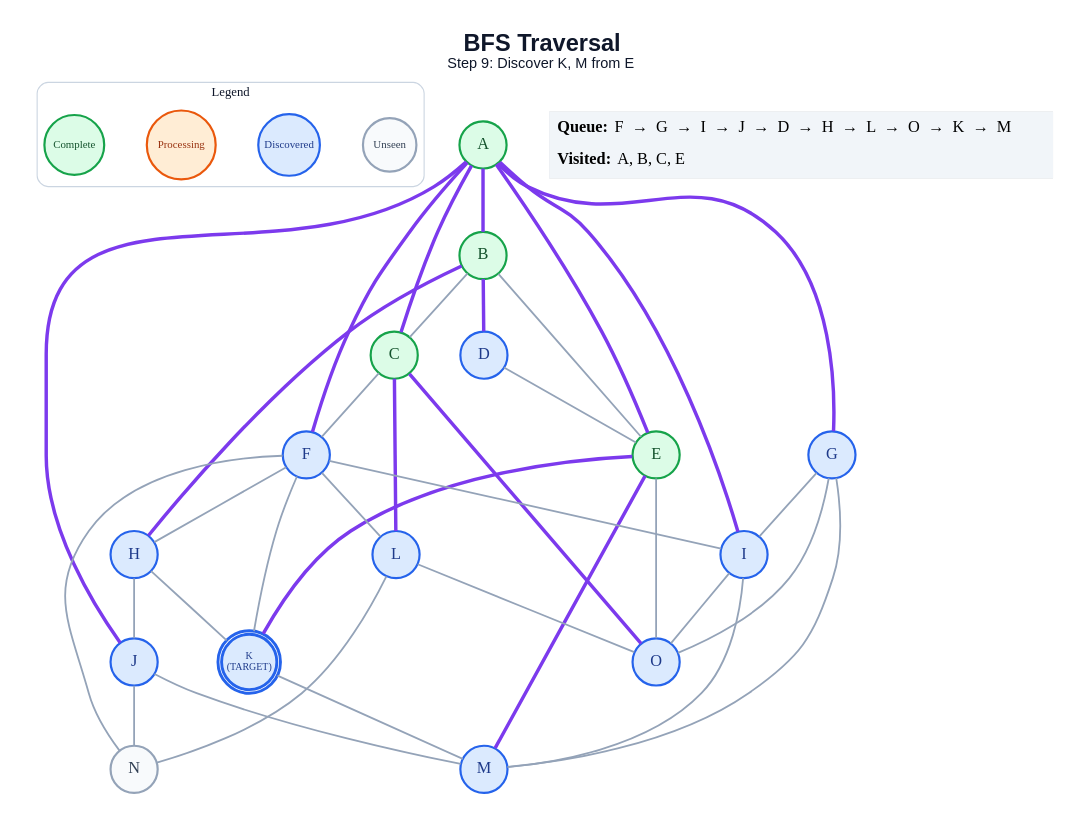
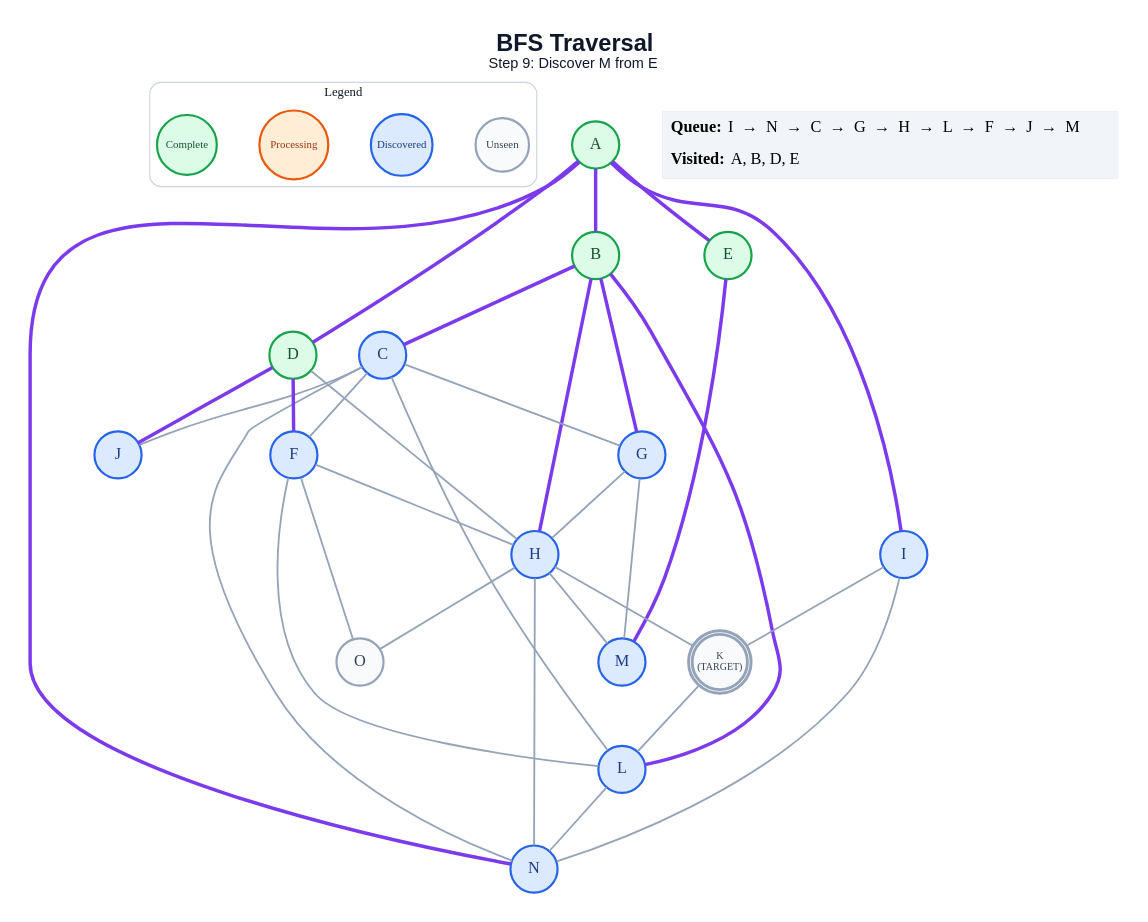
The diagram in generated/specific-node/bfs/step_09.dot (anon7238593-create/ai-slop), drawn with Graphviz before and after one commit. The commit also changed 286 other files, not shown here.

```diff
--- a/generated/specific-node/bfs/step_09.dot
+++ b/generated/specific-node/bfs/step_09.dot
@@ -1,69 +1,65 @@
 graph traversal {
   graph [layout=dot, rankdir=TB, bgcolor="#FFFFFF", pad="0.35", nodesep="0.65", ranksep="0.8", fontname="Arial"];
   node [shape=circle, style="filled", fontname="Arial Bold", fontsize=18, width=0.72, fixedsize=true, penwidth=2.4];
   edge [color="#94A3B8", penwidth=2.0];
-  label=<<B>BFS Traversal</B><BR/><FONT POINT-SIZE="16">Step 9: Discover K, M from E</FONT>>; labelloc="t"; fontsize=26; fontname="Arial"; fontcolor="#0F172A";
+  label=<<B>BFS Traversal</B><BR/><FONT POINT-SIZE="16">Step 9: Discover M from E</FONT>>; labelloc="t"; fontsize=26; fontname="Arial"; fontcolor="#0F172A";
   subgraph cluster_legend { label="Legend"; color="#CBD5E1"; penwidth=1.2; style="rounded"; fontsize=14; fontname="Arial Bold";
     key_unseen [label="Unseen", fillcolor="#F8FAFC", color="#94A3B8", fontcolor="#334155", fontsize=12, width=0.82];
     key_frontier [label="Discovered", fillcolor="#DBEAFE", color="#2563EB", fontcolor="#1E3A8A", fontsize=12, width=0.95];
     key_current [label="Processing", fillcolor="#FFEDD5", color="#EA580C", fontcolor="#9A3412", fontsize=12, width=1.05];
     key_done [label="Complete", fillcolor="#DCFCE7", color="#16A34A", fontcolor="#14532D", fontsize=12, width=0.92];
     { rank=same; key_unseen; key_frontier; key_current; key_done; }
   }
   A [label="A", fillcolor="#DCFCE7", color="#16A34A", fontcolor="#14532D", peripheries=1, penwidth=2.4];
   B [label="B", fillcolor="#DCFCE7", color="#16A34A", fontcolor="#14532D", peripheries=1, penwidth=2.4];
-  C [label="C", fillcolor="#DCFCE7", color="#16A34A", fontcolor="#14532D", peripheries=1, penwidth=2.4];
-  D [label="D", fillcolor="#DBEAFE", color="#2563EB", fontcolor="#1E3A8A", peripheries=1, penwidth=2.4];
+  C [label="C", fillcolor="#DBEAFE", color="#2563EB", fontcolor="#1E3A8A", peripheries=1, penwidth=2.4];
+  D [label="D", fillcolor="#DCFCE7", color="#16A34A", fontcolor="#14532D", peripheries=1, penwidth=2.4];
   E [label="E", fillcolor="#DCFCE7", color="#16A34A", fontcolor="#14532D", peripheries=1, penwidth=2.4];
   F [label="F", fillcolor="#DBEAFE", color="#2563EB", fontcolor="#1E3A8A", peripheries=1, penwidth=2.4];
   G [label="G", fillcolor="#DBEAFE", color="#2563EB", fontcolor="#1E3A8A", peripheries=1, penwidth=2.4];
   H [label="H", fillcolor="#DBEAFE", color="#2563EB", fontcolor="#1E3A8A", peripheries=1, penwidth=2.4];
   I [label="I", fillcolor="#DBEAFE", color="#2563EB", fontcolor="#1E3A8A", peripheries=1, penwidth=2.4];
   J [label="J", fillcolor="#DBEAFE", color="#2563EB", fontcolor="#1E3A8A", peripheries=1, penwidth=2.4];
-  K [label="K\n(TARGET)", fillcolor="#DBEAFE", color="#2563EB", fontcolor="#1E3A8A", peripheries=2, penwidth=3.2, fontsize=11, width=0.85, height=0.85];
+  K [label="K\n(TARGET)", fillcolor="#F8FAFC", color="#94A3B8", fontcolor="#334155", peripheries=2, penwidth=3.2, fontsize=11, width=0.85, height=0.85];
   L [label="L", fillcolor="#DBEAFE", color="#2563EB", fontcolor="#1E3A8A", peripheries=1, penwidth=2.4];
   M [label="M", fillcolor="#DBEAFE", color="#2563EB", fontcolor="#1E3A8A", peripheries=1, penwidth=2.4];
-  N [label="N", fillcolor="#F8FAFC", color="#94A3B8", fontcolor="#334155", peripheries=1, penwidth=2.4];
-  O [label="O", fillcolor="#DBEAFE", color="#2563EB", fontcolor="#1E3A8A", peripheries=1, penwidth=2.4];
+  N [label="N", fillcolor="#DBEAFE", color="#2563EB", fontcolor="#1E3A8A", peripheries=1, penwidth=2.4];
+  O [label="O", fillcolor="#F8FAFC", color="#94A3B8", fontcolor="#334155", peripheries=1, penwidth=2.4];
   A -- B [color="#7C3AED", penwidth=3.8];
-  A -- C [color="#7C3AED", penwidth=3.8];
+  A -- D [color="#7C3AED", penwidth=3.8];
   A -- E [color="#7C3AED", penwidth=3.8];
-  A -- F [color="#7C3AED", penwidth=3.8];
-  A -- G [color="#7C3AED", penwidth=3.8];
   A -- I [color="#7C3AED", penwidth=3.8];
-  A -- J [color="#7C3AED", penwidth=3.8];
-  B -- C;
-  B -- D [color="#7C3AED", penwidth=3.8];
-  B -- E;
+  A -- N [color="#7C3AED", penwidth=3.8];
+  B -- C [color="#7C3AED", penwidth=3.8];
+  B -- G [color="#7C3AED", penwidth=3.8];
   B -- H [color="#7C3AED", penwidth=3.8];
+  B -- L [color="#7C3AED", penwidth=3.8];
   C -- F;
-  C -- L [color="#7C3AED", penwidth=3.8];
-  C -- O [color="#7C3AED", penwidth=3.8];
-  D -- E;
-  E -- K [color="#7C3AED", penwidth=3.8];
+  C -- G;
+  C -- J;
+  C -- L;
+  C -- N;
+  D -- F [color="#7C3AED", penwidth=3.8];
+  D -- H;
+  D -- J [color="#7C3AED", penwidth=3.8];
   E -- M [color="#7C3AED", penwidth=3.8];
-  E -- O;
   F -- H;
-  F -- I;
-  F -- K;
   F -- L;
-  F -- N;
-  G -- I;
+  F -- O;
+  G -- H;
   G -- M;
-  G -- O;
-  H -- J;
   H -- K;
-  I -- M;
-  I -- O;
-  J -- M;
-  J -- N;
-  K -- M;
+  H -- M;
+  H -- N;
+  H -- O;
+  I -- K;
+  I -- N;
+  K -- L;
   L -- N;
-  L -- O;
   status [shape=plain, fixedsize=false, width=0, height=0, margin=0, label=<
     <TABLE BORDER="0" CELLBORDER="0" CELLPADDING="7" BGCOLOR="#F1F5F9">
-      <TR><TD ALIGN="LEFT"><B>Queue:</B> F  →  G  →  I  →  J  →  D  →  H  →  L  →  O  →  K  →  M</TD></TR>
-      <TR><TD ALIGN="LEFT"><B>Visited:</B> A, B, C, E</TD></TR>
+      <TR><TD ALIGN="LEFT"><B>Queue:</B> I  →  N  →  C  →  G  →  H  →  L  →  F  →  J  →  M</TD></TR>
+      <TR><TD ALIGN="LEFT"><B>Visited:</B> A, B, D, E</TD></TR>
     </TABLE>
   >];
 }
```
